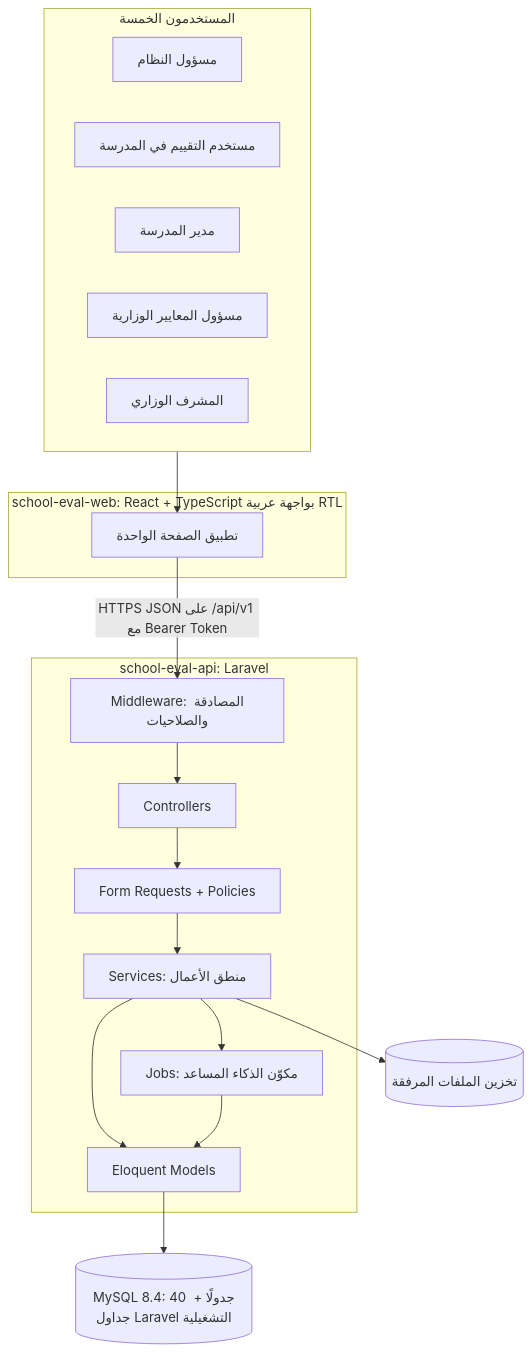
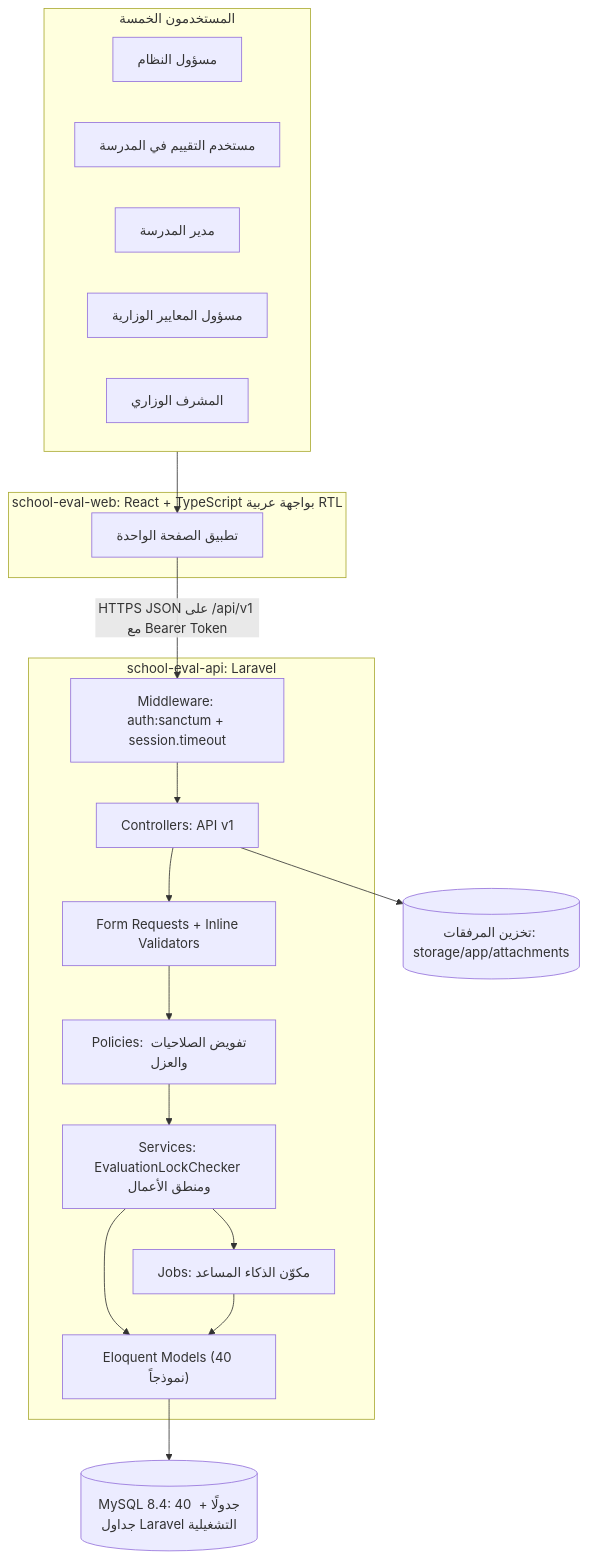
One commit to codewizardmx0-lgtm/school-quality-system changed the first of 3 diagrams in docs/chapter4/chapter4_system_design.md. Above: the diagram before and after it, drawn with Mermaid. The commit also changed other lines of this file and 2 other files, not shown here.

````diff
--- a/docs/chapter4/chapter4_system_design.md
+++ b/docs/chapter4/chapter4_system_design.md
@@ -92,29 +100,30 @@
 ```mermaid
 flowchart TB
   subgraph Users["المستخدمون الخمسة"]
     A1["مسؤول النظام"]
     A2["مستخدم التقييم في المدرسة"]
     A3["مدير المدرسة"]
     A4["مسؤول المعايير الوزارية"]
     A5["المشرف الوزاري"]
   end
   subgraph Web["school-eval-web: React + TypeScript بواجهة عربية RTL"]
     SPA["تطبيق الصفحة الواحدة"]
   end
   subgraph API["school-eval-api: Laravel"]
-    MW["Middleware: المصادقة والصلاحيات"]
-    CT["Controllers"]
-    RQ["Form Requests + Policies"]
-    SV["Services: منطق الأعمال"]
-    MD["Eloquent Models"]
+    MW["Middleware: auth:sanctum + session.timeout"]
+    CT["Controllers: API v1"]
+    RQ["Form Requests + Inline Validators"]
+    PL["Policies: تفويض الصلاحيات والعزل"]
+    SV["Services: EvaluationLockChecker ومنطق الأعمال"]
+    MD["Eloquent Models (40 نموذجاً)"]
     JB["Jobs: مكوّن الذكاء المساعد"]
   end
   DB[("MySQL 8.4: 40 جدولًا + جداول Laravel التشغيلية")]
-  FS[("تخزين الملفات المرفقة")]
+  FS[("تخزين المرفقات: storage/app/attachments")]
   Users --> SPA
   SPA -->|"HTTPS JSON على /api/v1 مع Bearer Token"| MW
-  MW --> CT --> RQ --> SV --> MD --> DB
+  MW --> CT --> RQ --> PL --> SV --> MD --> DB
   SV --> JB
   JB --> MD
-  SV --> FS
+  CT --> FS
 ```
````
